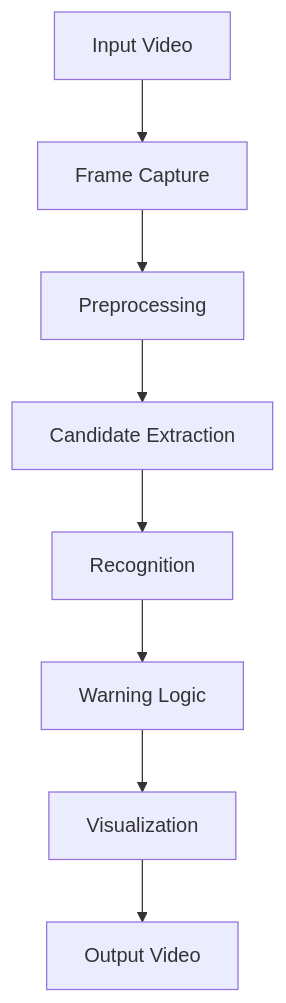
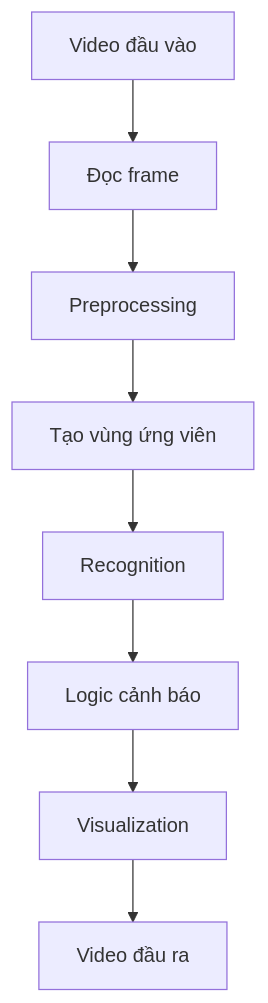
Before and after one commit to LeNguyenHaiDuong/adas-tsr: the eighth of 31 diagrams in research/slide.md, drawn with Mermaid. The commit also changed other lines of this file and 5 other files, not shown here.

````diff
--- a/research/slide.md
+++ b/research/slide.md
@@ -541,19 +521,11 @@
 ```mermaid
 flowchart TD
-
-A[Input Video]
-
---> B[Frame Capture]
-
---> C[Preprocessing]
-
---> D[Candidate Extraction]
-
---> E[Recognition]
-
---> F[Warning Logic]
-
---> G[Visualization]
-
---> H[Output Video]
+A[Video đầu vào]
+--> B[Đọc frame]
+B --> C[Preprocessing]
+C --> D[Tạo vùng ứng viên]
+D --> E[Recognition]
+E --> F[Logic cảnh báo]
+F --> G[Visualization]
+G --> H[Video đầu ra]
 ```
````
